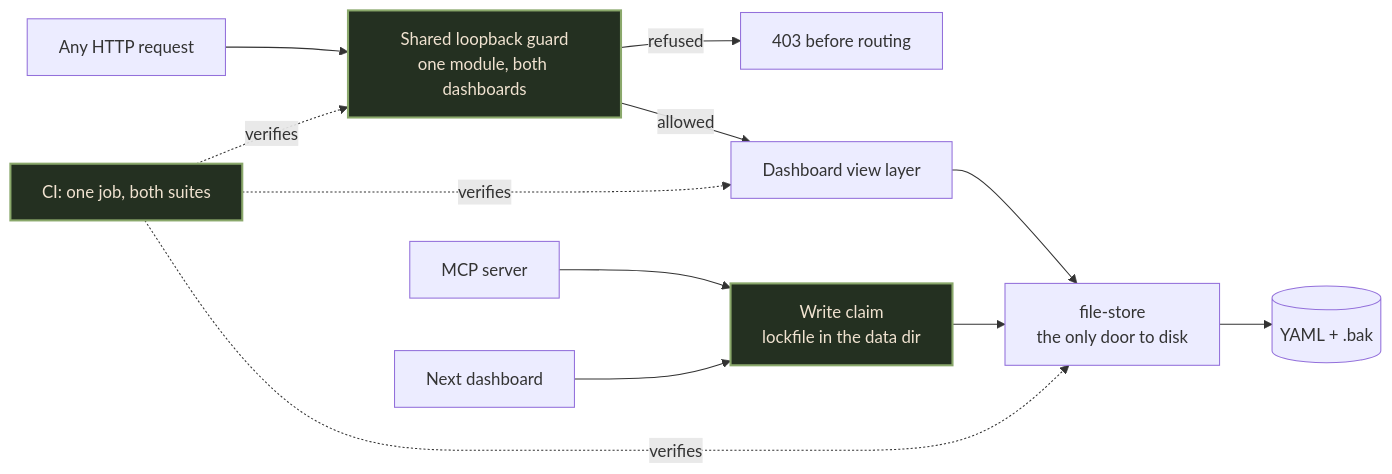
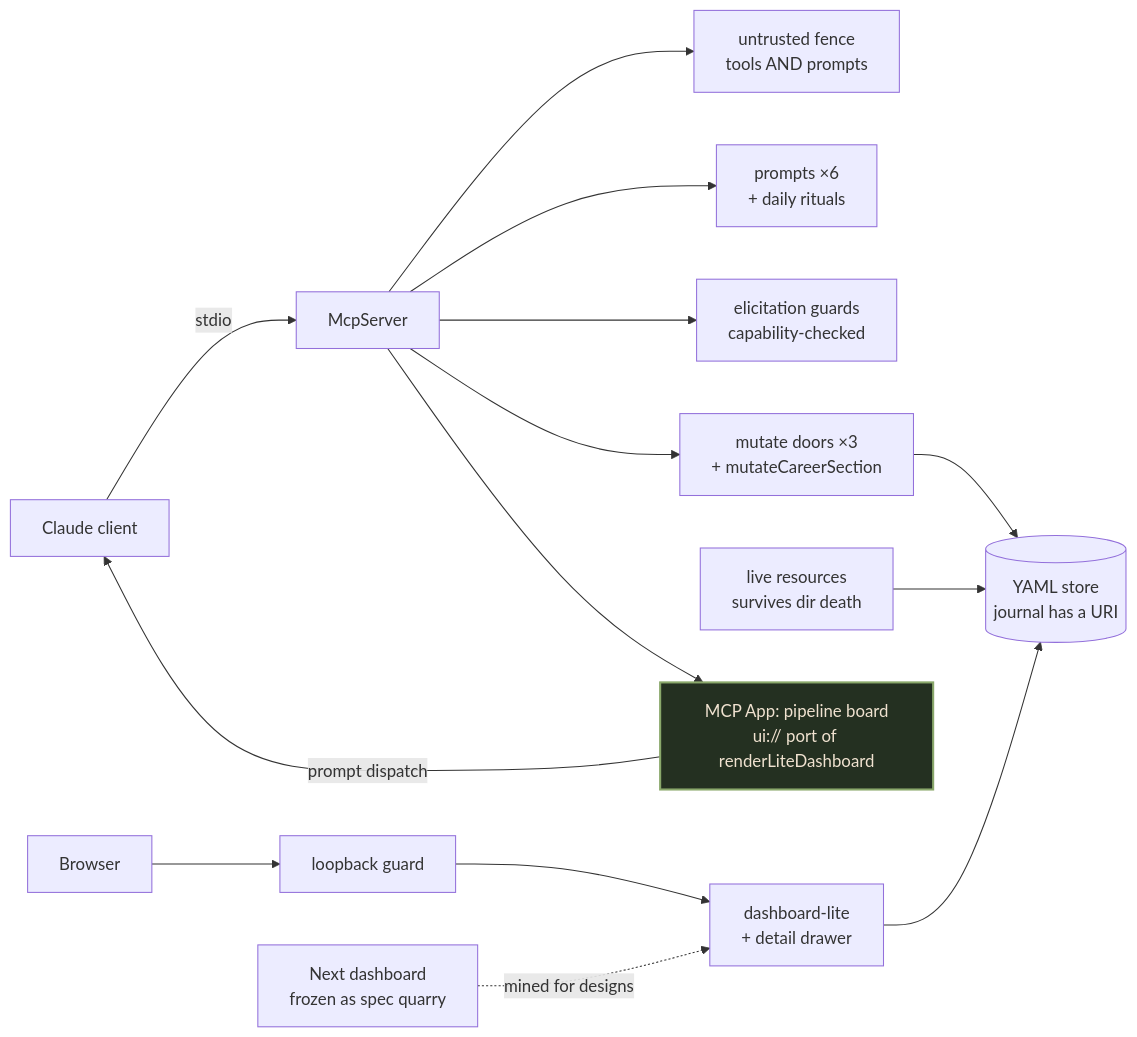
Before and after one commit to benskamps/career-compass-mcp: the diagram in docs/report/figures/cc-fig-04.mmd, drawn with Mermaid. The commit also changed 16 other files, not shown here.

First line of the commit message:
docs: architectural gauntlet v2 — the inheritance-failure audit

```diff
--- a/docs/report/figures/cc-fig-04.mmd
+++ b/docs/report/figures/cc-fig-04.mmd
@@ -1,14 +1,15 @@
 flowchart LR
-    REQ[Any HTTP request] --> GUARD[Shared loopback guard<br/>one module, both dashboards]
-    GUARD -->|refused| R403[403 before routing]
-    GUARD -->|allowed| VIEW[Dashboard view layer]
-    VIEW --> STORE[file-store<br/>the only door to disk]
-    WRITER[Write claim<br/>lockfile in the data dir] --> STORE
-    MCP[MCP server] --> WRITER
-    NEXT[Next dashboard] --> WRITER
-    STORE --> Y[(YAML + .bak)]
-    CI[CI: one job, both suites] -.verifies.-> GUARD
-    CI -.verifies.-> VIEW
-    CI -.verifies.-> STORE
+    C[Claude client] -->|stdio| S[McpServer]
+    S --> FENCE[untrusted fence<br/>tools AND prompts]
+    S --> PR[prompts ×6<br/>+ daily rituals]
+    S --> EL[elicitation guards<br/>capability-checked]
+    S --> DOORS[mutate doors ×3<br/>+ mutateCareerSection]
+    DOORS --> Y[(YAML store<br/>journal has a URI)]
+    LIVE[live resources<br/>survives dir death] --> Y
+    S --> APP[MCP App: pipeline board<br/>ui:// port of renderLiteDashboard]
+    APP -->|prompt dispatch| C
+    B[Browser] --> G[loopback guard] --> L[dashboard-lite<br/>+ detail drawer]
+    L --> Y
+    NX[Next dashboard<br/>frozen as spec quarry] -.mined for designs.-> L
     classDef new fill:#243021,stroke:#8aa86b,stroke-width:2px,color:#f0e2d0;
-    class GUARD,WRITER,CI new;
+    class APP new;
```
